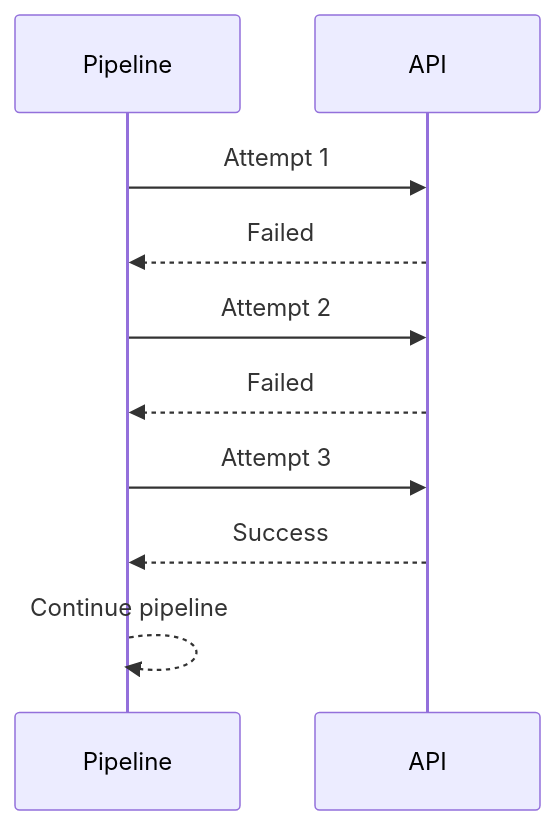
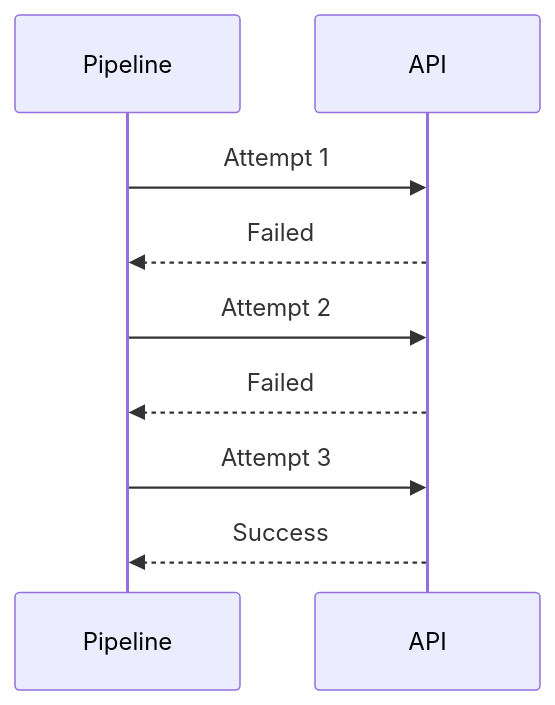
Before and after one commit to wisrovi/wpipe: the second of 5 diagrams in examples/api_pipeline/07_api_retry_config/README.md, drawn with Mermaid. The commit also changed other lines of this file and 20 other files, not shown here.

First line of the commit message:
Simplify Mermaid diagrams for better rendering

````diff
--- a/examples/api_pipeline/07_api_retry_config/README.md
+++ b/examples/api_pipeline/07_api_retry_config/README.md
@@ -28,13 +24,12 @@
 ```mermaid
 sequenceDiagram
-    participant Pipeline
-    participant API
+    participant P as Pipeline
+    participant A as API
     
-    Pipeline->>API: Attempt 1
-    API-->>Pipeline: Failed
-    Pipeline->>API: Attempt 2
-    API-->>Pipeline: Failed
-    Pipeline->>API: Attempt 3
-    API-->>Pipeline: Success
-    Pipeline-->>Pipeline: Continue pipeline
+    P->>A: Attempt 1
+    A-->>P: Failed
+    P->>A: Attempt 2
+    A-->>P: Failed
+    P->>A: Attempt 3
+    A-->>P: Success
 ```
````
